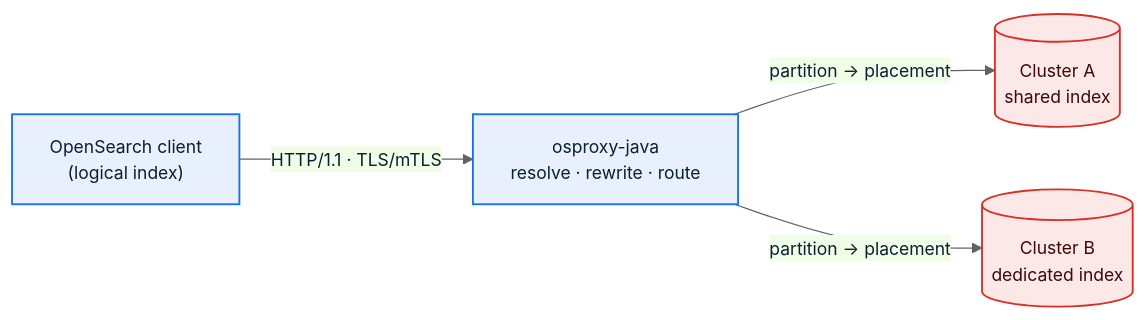
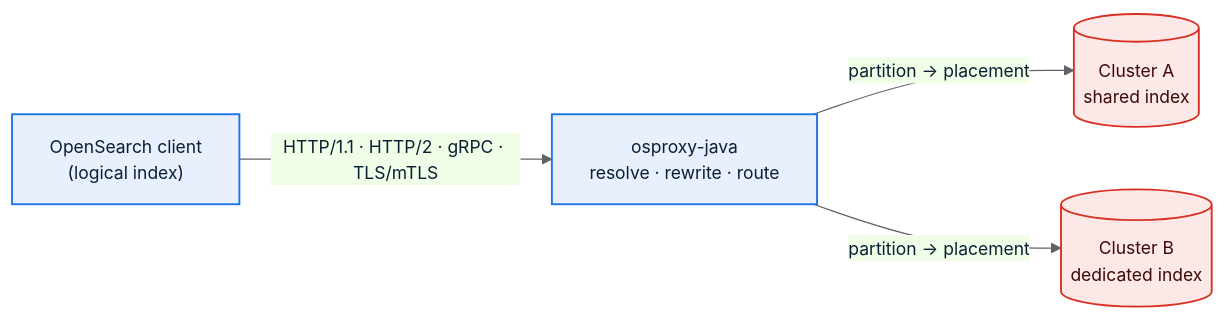
The diagram in site/src/content/docs/index.md (huyz0/osproxy-java), drawn with Mermaid before and after one commit. The commit also changed 13 other files, not shown here.

````diff
--- a/site/src/content/docs/index.md
+++ b/site/src/content/docs/index.md
@@ -32,17 +32,17 @@
 ```mermaid
 %%{init: {'theme':'base','themeVariables':{'primaryColor':'#e8f0fe','primaryTextColor':'#0b1f33','primaryBorderColor':'#1a73e8','lineColor':'#5f6368','fontSize':'14px'}}}%%
 flowchart LR
     client["OpenSearch client<br/>(logical index)"]
     proxy["osproxy-java<br/>resolve · rewrite · route"]
     c1[("Cluster A<br/>shared index")]
     c2[("Cluster B<br/>dedicated index")]
 
-    client -->|"HTTP/1.1 · TLS/mTLS"| proxy
+    client -->|"HTTP/1.1 · HTTP/2 · gRPC · TLS/mTLS"| proxy
     proxy -->|"partition → placement"| c1
     proxy -->|"partition → placement"| c2
 
     classDef node fill:#e8f0fe,stroke:#1a73e8,stroke-width:1.5px,color:#0b1f33;
     classDef store fill:#fce8e6,stroke:#d93025,stroke-width:1.5px,color:#3c0a08;
     class client,proxy node;
     class c1,c2 store;
 ```
````
